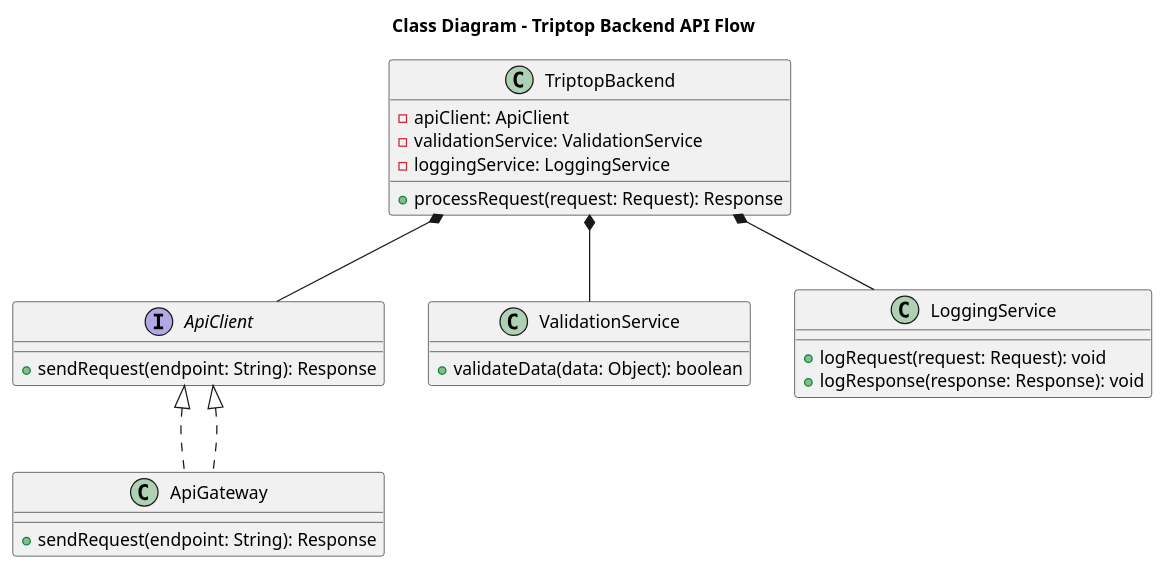
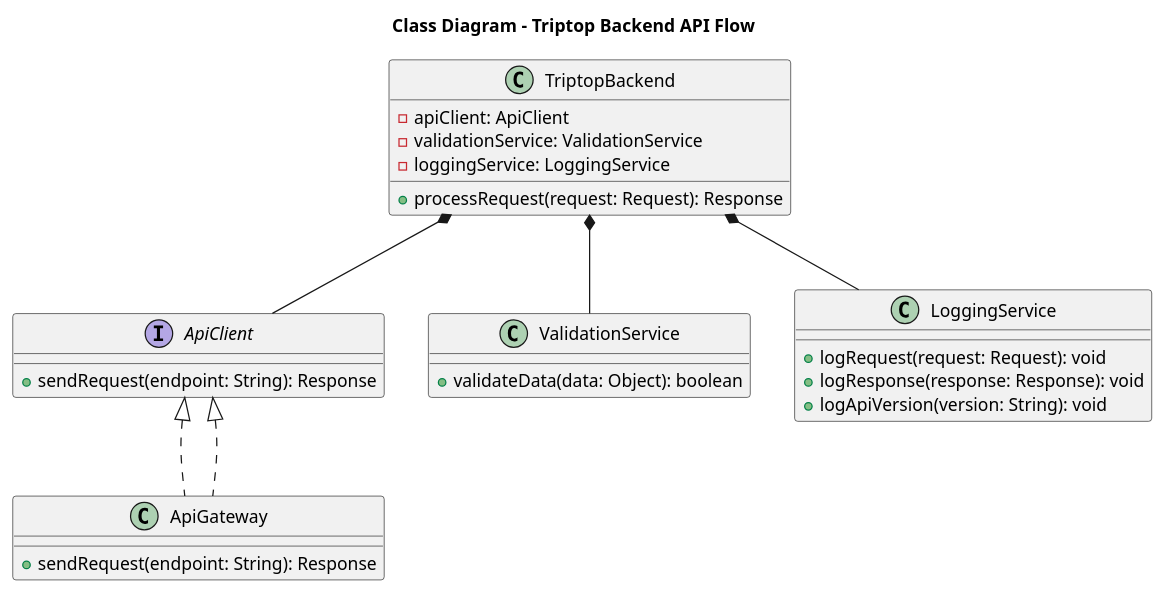
The diagram in voorbereidingen/week2-les3/class-diagram.puml (AIM-ENE-feb25/triptop-beca), drawn with PlantUML before and after one commit. The commit also changed 3 other files, not shown here.

Commit message:
ADR gemaakt voor ontwerpvraag. nieuw component diagram en classe en dynamic diagram geupdate

```diff
--- a/voorbereidingen/week2-les3/class-diagram.puml
+++ b/voorbereidingen/week2-les3/class-diagram.puml
@@ -1,33 +1,34 @@
 @startuml
 title Class Diagram - Triptop Backend API Flow
 
 interface ApiClient {
     + sendRequest(endpoint: String): Response
 }
 
 class ApiGateway implements ApiClient {
     + sendRequest(endpoint: String): Response
 }
 
 class ValidationService {
     + validateData(data: Object): boolean
 }
 
 class LoggingService {
     + logRequest(request: Request): void
     + logResponse(response: Response): void
+    + logApiVersion(version: String): void
 }
 
 class TriptopBackend {
     - apiClient: ApiClient
     - validationService: ValidationService
     - loggingService: LoggingService
     + processRequest(request: Request): Response
 }
 
 ApiClient <|.. ApiGateway
 TriptopBackend *-- ApiClient
 TriptopBackend *-- ValidationService
 TriptopBackend *-- LoggingService
 
 @enduml
```
